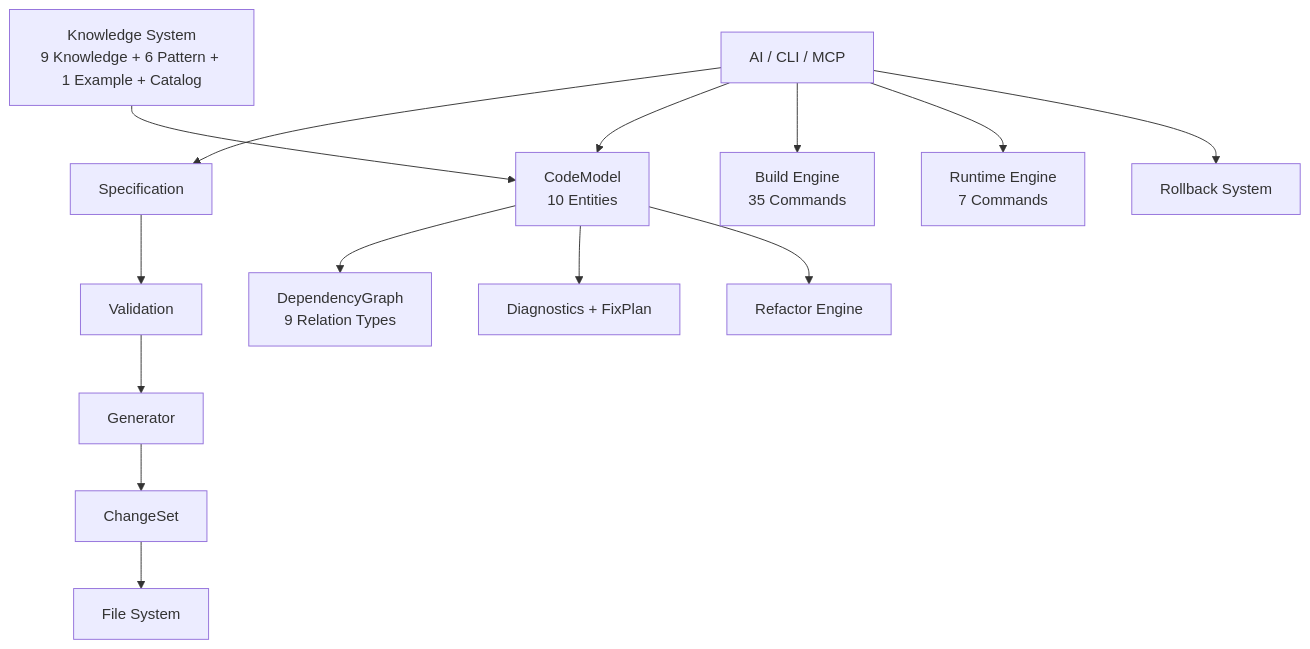
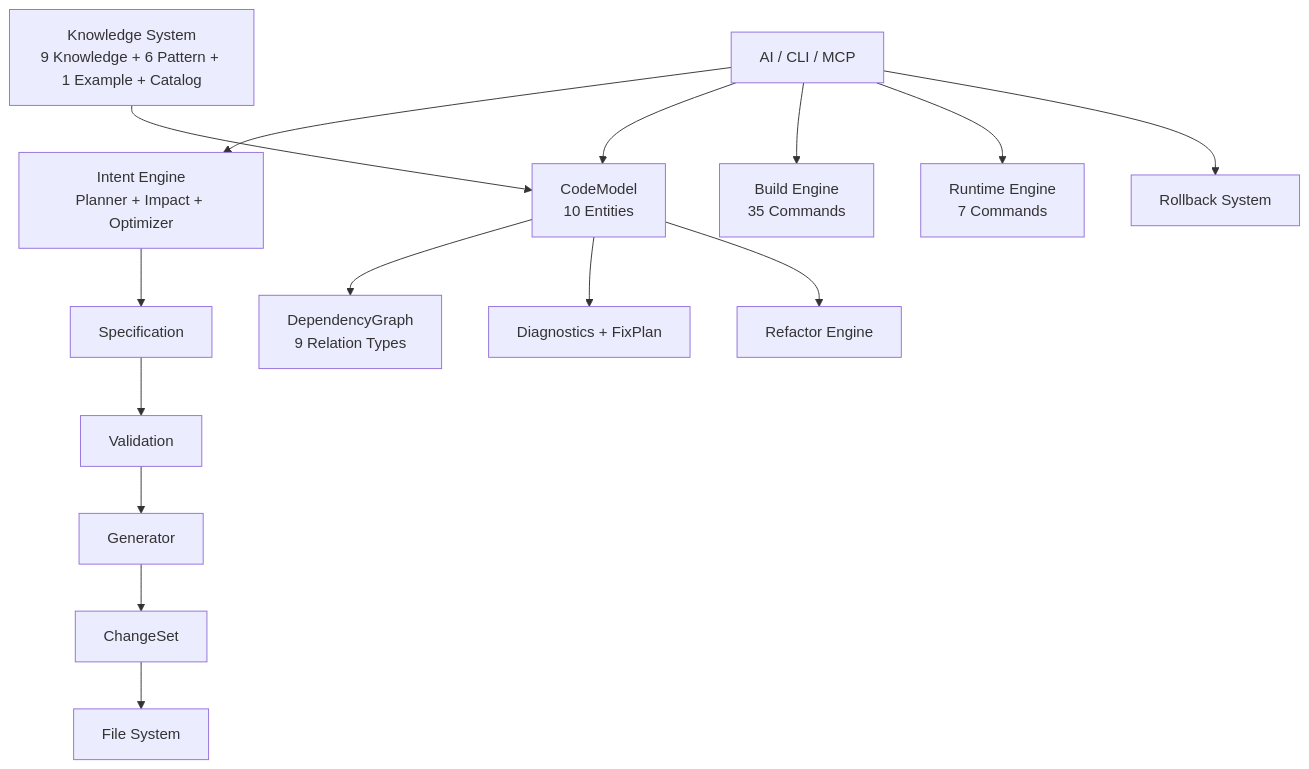
One commit to chenlei-gh/CADE changed the diagram in README.md. Above: the diagram before and after it, drawn with Mermaid. The commit also changed other lines of this file, not shown here.

First line of the commit message:
Update README for Intent Engine + suite count

````diff
--- a/README.md
+++ b/README.md
@@ -140,19 +140,20 @@
 ```mermaid
 graph TD
-    A[AI / CLI / MCP] --> B[Specification]
+    A[AI / CLI / MCP] --> P[Intent Engine<br/>Planner + Impact + Optimizer]
+    P --> B[Specification]
     B --> C[Validation]
     C --> D[Generator]
     D --> E[ChangeSet]
     E --> F[File System]
 
     A --> G[CodeModel<br/>10 Entities]
     G --> H[DependencyGraph<br/>9 Relation Types]
     G --> I[Diagnostics + FixPlan]
     G --> J[Refactor Engine]
 
     A --> K[Build Engine<br/>35 Commands]
     A --> L[Runtime Engine<br/>7 Commands]
     A --> M[Rollback System]
 
     N[Knowledge System<br/>9 Knowledge + 6 Pattern + 1 Example + Catalog] --> G
 ```
````
